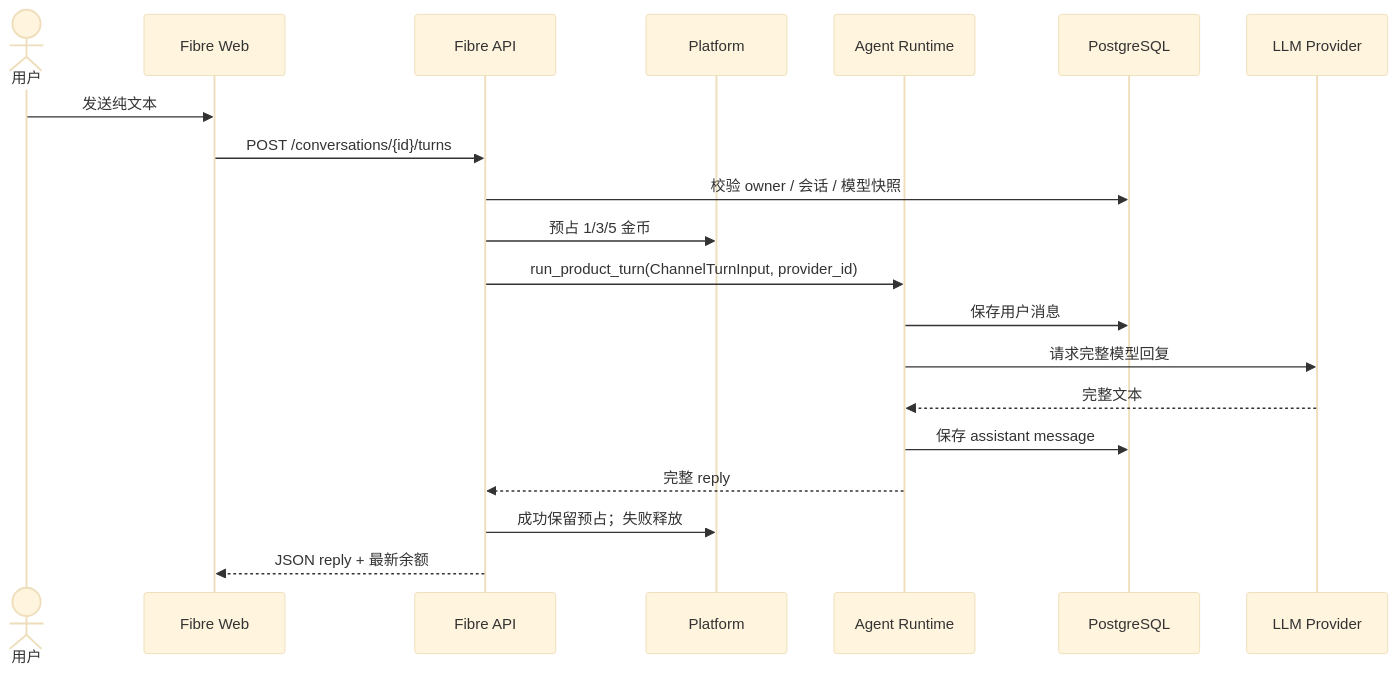
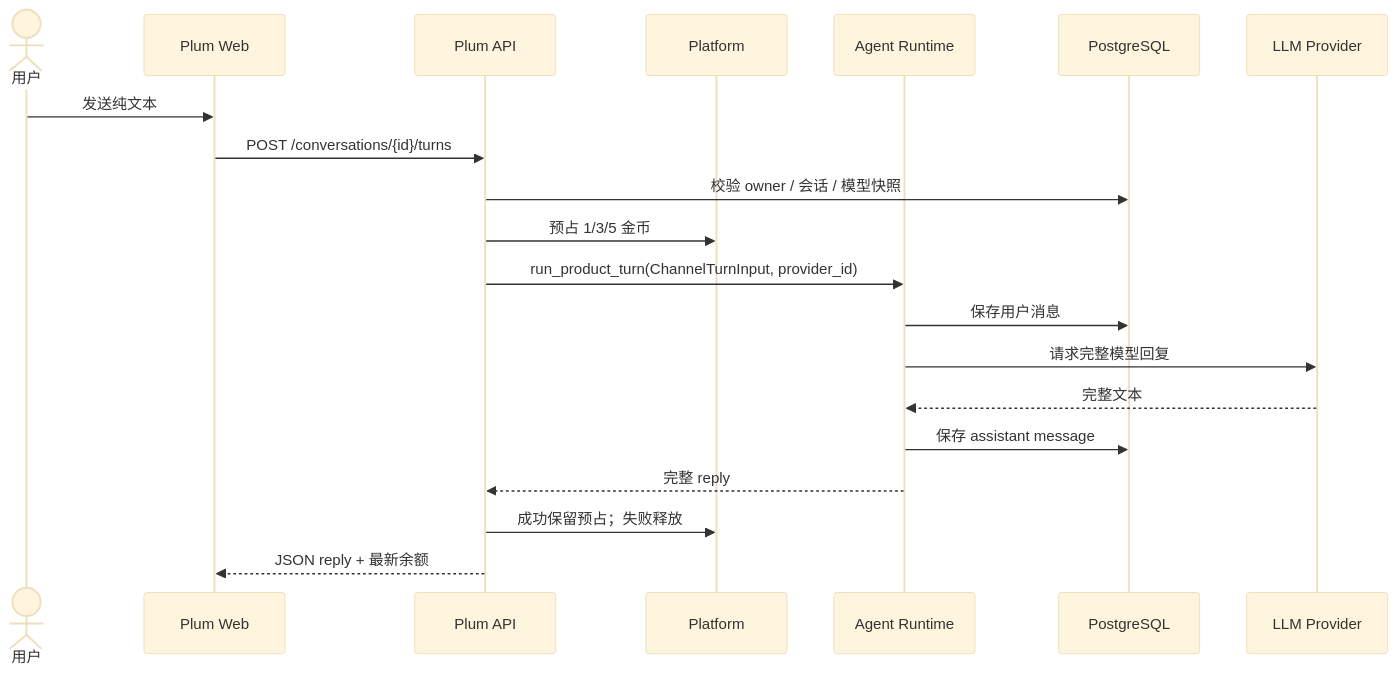
The second of 3 diagrams in docs/TECH-01-architecture.md (melinazhang0615-eng/plum_chat), drawn with Mermaid (base theme) before and after one commit. The commit also changed other lines of this file and 18 other files, not shown here.

````diff
--- a/docs/TECH-01-architecture.md
+++ b/docs/TECH-01-architecture.md
@@ -153,23 +154,23 @@
 ```mermaid
 sequenceDiagram
     actor User as 用户
-    participant FE as Fibre Web
-    participant API as Fibre API
+    participant FE as Plum Web
+    participant API as Plum API
     participant P as Platform
     participant R as Agent Runtime
     participant DB as PostgreSQL
     participant L as LLM Provider
 
     User->>FE: 发送纯文本
     FE->>API: POST /conversations/{id}/turns
     API->>DB: 校验 owner / 会话 / 模型快照
     API->>P: 预占 1/3/5 金币
     API->>R: run_product_turn(ChannelTurnInput, provider_id)
     R->>DB: 保存用户消息
     R->>L: 请求完整模型回复
     L-->>R: 完整文本
     R->>DB: 保存 assistant message
     R-->>API: 完整 reply
     API->>P: 成功保留预占；失败释放
     API-->>FE: JSON reply + 最新余额
 ```
````
